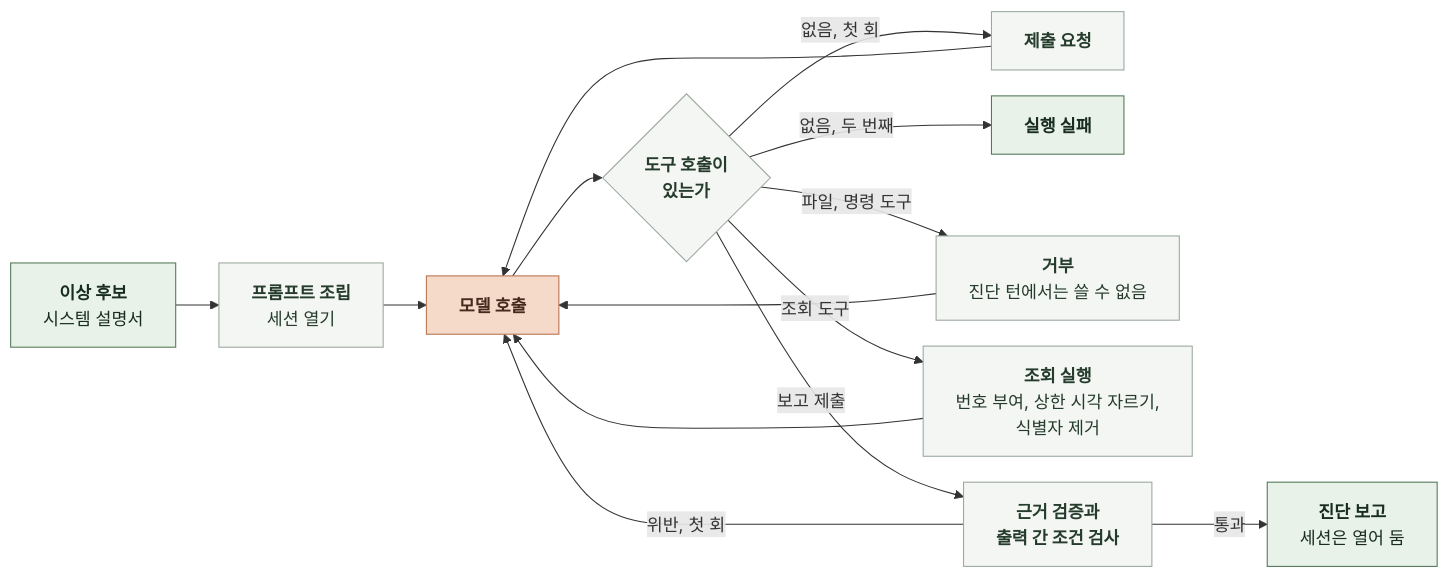
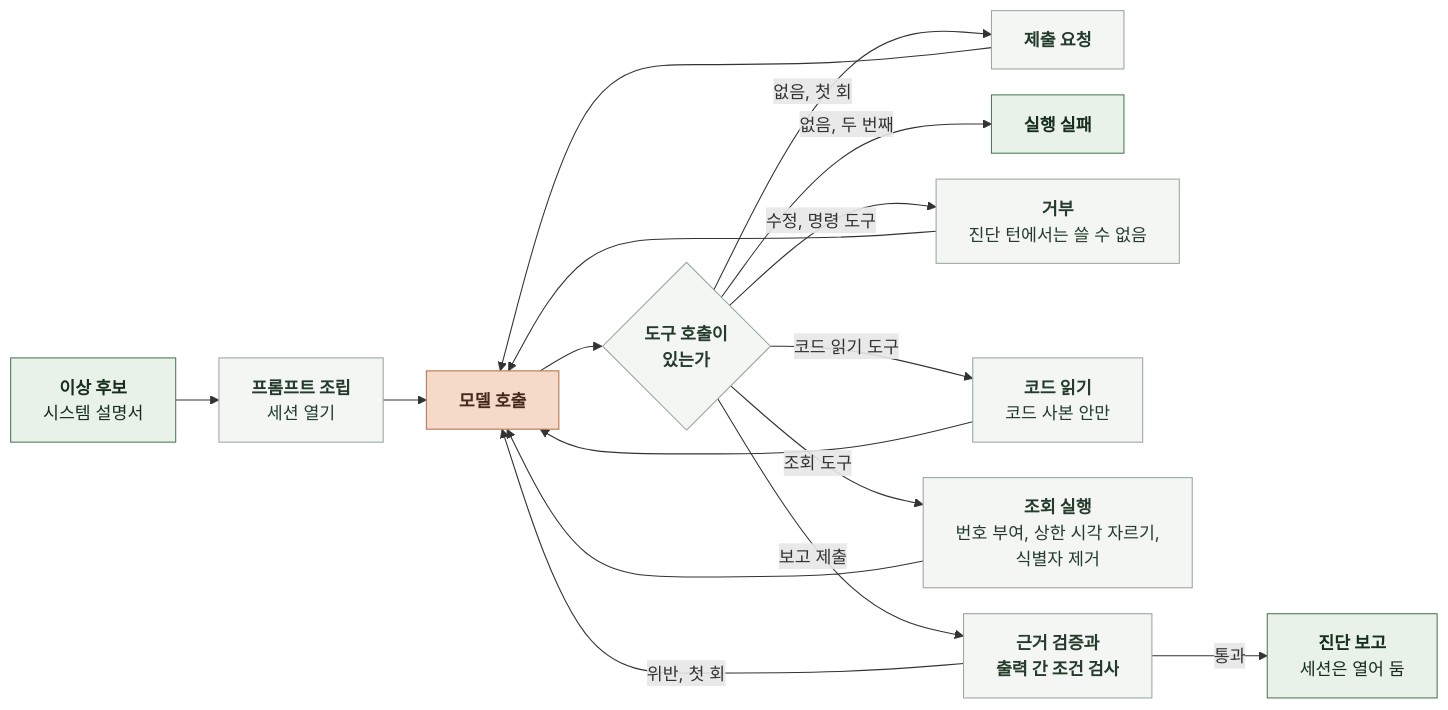
Before and after one commit to KIM-N-KANG/knk-harness: the diagram in docs/domain/OBSERVABILITY/AI/6-1-AI-EXECUTION.md, drawn with Mermaid. The commit also changed other lines of this file and 18 other files, not shown here.

````diff
--- a/docs/domain/OBSERVABILITY/AI/6-1-AI-EXECUTION.md
+++ b/docs/domain/OBSERVABILITY/AI/6-1-AI-EXECUTION.md
@@ -11,31 +11,34 @@
 ```mermaid
 %%{init: {"flowchart": {"curve": "basis", "nodeSpacing": 24, "rankSpacing": 40}}}%%
 flowchart LR
     I["`**이상 후보**
 시스템 설명서`"] --> P["`**프롬프트 조립**
 세션 열기`"]
     P --> M["`**모델 호출**`"]
     M --> T{"`**도구 호출이
 있는가**`"}
     T -->|"`없음, 첫 회`"| R["`**제출 요청**`"]
     T -->|"`없음, 두 번째`"| F["`**실행 실패**`"]
-    T -->|"`파일, 명령 도구`"| D["`**거부**
+    T -->|"`수정, 명령 도구`"| D["`**거부**
 진단 턴에서는 쓸 수 없음`"]
+    T -->|"`코드 읽기 도구`"| K["`**코드 읽기**
+코드 사본 안만`"]
     T -->|"`조회 도구`"| Q["`**조회 실행**
 번호 부여, 상한 시각 자르기,
 식별자 제거`"]
     T -->|"`보고 제출`"| V["`**근거 검증과
 출력 간 조건 검사**`"]
     R --> M
     D --> M
+    K --> M
     Q --> M
     V -->|"`위반, 첫 회`"| M
     V -->|"`통과`"| O["`**진단 보고**
 세션은 열어 둠`"]
     classDef data fill:#E8F2E8,stroke:#527A59,color:#182D1D
     classDef model fill:#F5D9C9,stroke:#B97450,color:#452B1D
     classDef code fill:#F4F6F4,stroke:#9BA99E,color:#253C2C
     class I,O,F data
     class M model
-    class P,T,Q,V,R,D code
+    class P,T,Q,K,V,R,D code
 ```
````
